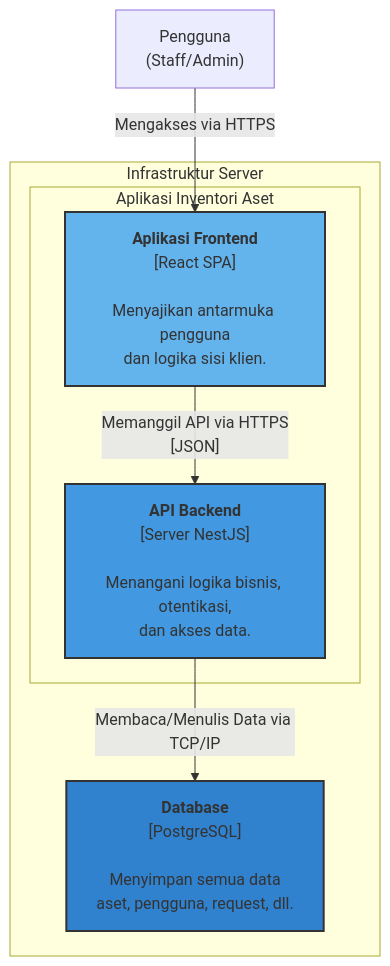
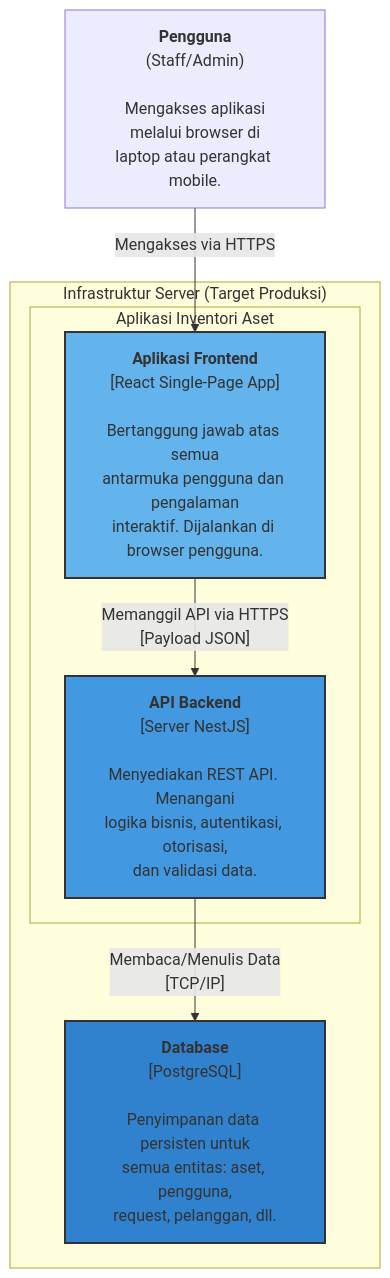
The second of 4 diagrams in Docs/01_CONCEPT_AND_ARCHITECTURE/ARCHITECTURE.md (Asamaludi26/Inventory), drawn with Mermaid before and after one commit. The commit also changed other lines of this file and 27 other files, not shown here.

````diff
--- a/Docs/01_CONCEPT_AND_ARCHITECTURE/ARCHITECTURE.md
+++ b/Docs/01_CONCEPT_AND_ARCHITECTURE/ARCHITECTURE.md
@@ -49,21 +52,21 @@
 ```mermaid
 graph TD
-    A["Pengguna <br> (Staff/Admin)"]
+    A["<b>Pengguna</b><br>(Staff/Admin)<br><br>Mengakses aplikasi<br>melalui browser di<br>laptop atau perangkat mobile."]
 
-    subgraph "Infrastruktur Server"
+    subgraph "Infrastruktur Server (Target Produksi)"
         subgraph "Aplikasi Inventori Aset"
-            F["<b>Aplikasi Frontend</b><br>[React SPA]<br><br>Menyajikan antarmuka pengguna<br>dan logika sisi klien."]
-            G["<b>API Backend</b><br>[Server NestJS]<br><br>Menangani logika bisnis, otentikasi,<br>dan akses data."]
+            F["<b>Aplikasi Frontend</b><br>[React Single-Page App]<br><br>Bertanggung jawab atas semua<br>antarmuka pengguna dan pengalaman<br>interaktif. Dijalankan di browser pengguna."]
+            G["<b>API Backend</b><br>[Server NestJS]<br><br>Menyediakan REST API. Menangani<br>logika bisnis, autentikasi, otorisasi,<br>dan validasi data."]
         end
         
-        H["<b>Database</b><br>[PostgreSQL]<br><br>Menyimpan semua data<br>aset, pengguna, request, dll."]
+        H["<b>Database</b><br>[PostgreSQL]<br><br>Penyimpanan data persisten untuk<br>semua entitas: aset, pengguna,<br>request, pelanggan, dll."]
     end
 
     A -- "Mengakses via HTTPS" --> F
-    F -- "Memanggil API via HTTPS<br>[JSON]" --> G
-    G -- "Membaca/Menulis Data via TCP/IP" --> H
+    F -- "Memanggil API via HTTPS<br>[Payload JSON]" --> G
+    G -- "Membaca/Menulis Data<br>[TCP/IP]" --> H
 
     style F fill:#63b3ed,stroke:#333,stroke-width:2px
     style G fill:#4299e1,stroke:#333,stroke-width:2px
     style H fill:#3182ce,stroke:#333,stroke-width:2px
 ```
````
